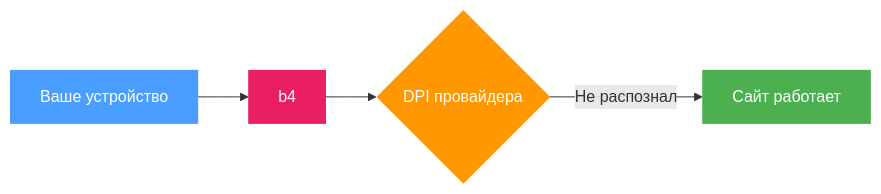
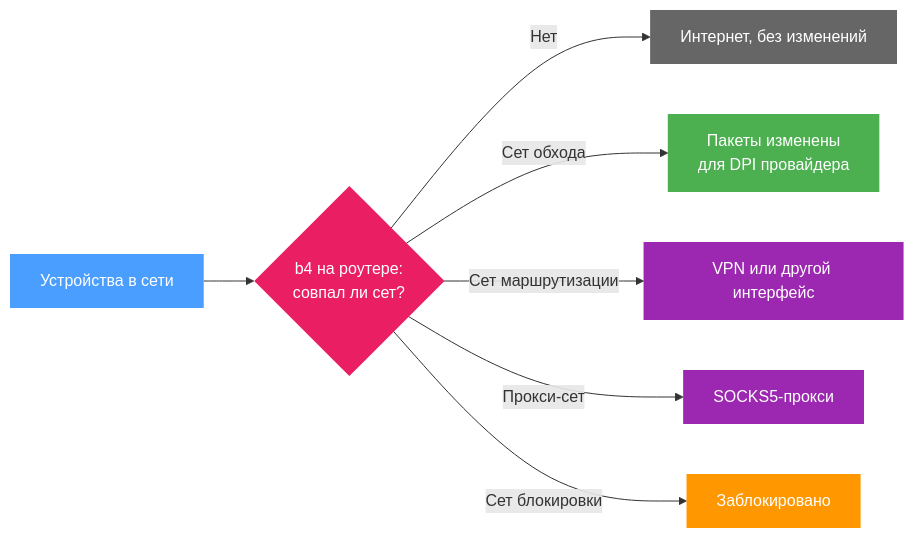
Before and after one commit to DanielLavrushin/b4: the diagram in docs/i18n/ru/docusaurus-plugin-content-docs/current/intro.md, drawn with Mermaid. The commit also changed other lines of this file and 177 other files, not shown here.

````diff
--- a/docs/i18n/ru/docusaurus-plugin-content-docs/current/intro.md
+++ b/docs/i18n/ru/docusaurus-plugin-content-docs/current/intro.md
@@ -16,11 +33,17 @@
 ```mermaid
 flowchart LR
-    A["Ваше устройство"] --> B["b4"]
-    B --> C{"DPI провайдера"}
-    C -->|"Не распознал"| D["Сайт работает"]
+    DEV["Устройства в сети"] --> B4{"b4 на роутере:<br/>совпал ли сет?"}
+    B4 -->|"Нет"| NET["Интернет, без изменений"]
+    B4 -->|"Сет обхода"| BYPASS["Пакеты изменены<br/>для DPI провайдера"]
+    B4 -->|"Сет маршрутизации"| VPN["VPN или другой интерфейс"]
+    B4 -->|"Прокси-сет"| PROXY["SOCKS5-прокси"]
+    B4 -->|"Сет блокировки"| BLOCK["Заблокировано"]
 
-    style A fill:#4a9eff,color:#fff,stroke:none
-    style B fill:#e91e63,color:#fff,stroke:none
-    style C fill:#ff9800,color:#fff,stroke:none
-    style D fill:#4caf50,color:#fff,stroke:none
+    style DEV fill:#4a9eff,color:#fff,stroke:none
+    style B4 fill:#e91e63,color:#fff,stroke:none
+    style NET fill:#666,color:#fff,stroke:none
+    style BYPASS fill:#4caf50,color:#fff,stroke:none
+    style VPN fill:#9c27b0,color:#fff,stroke:none
+    style PROXY fill:#9c27b0,color:#fff,stroke:none
+    style BLOCK fill:#ff9800,color:#fff,stroke:none
 ```
````
